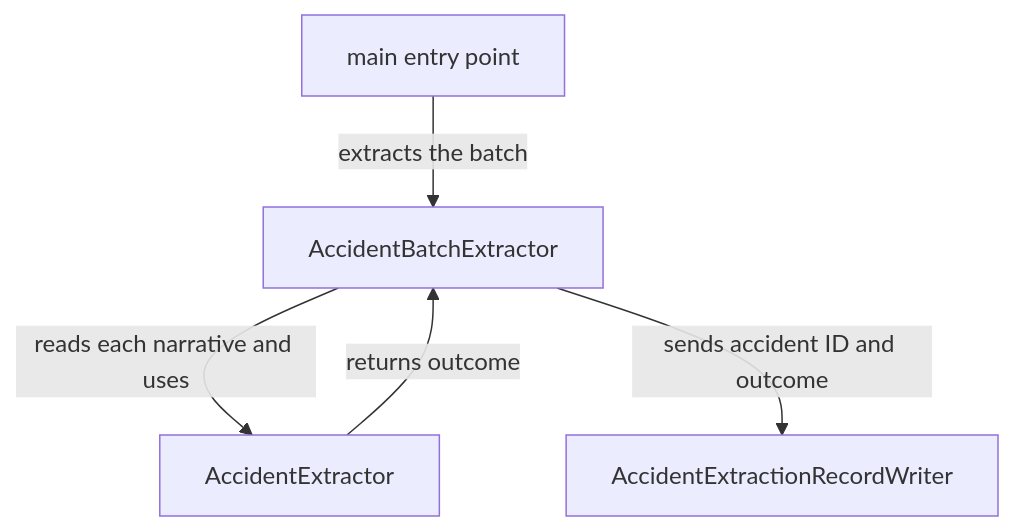
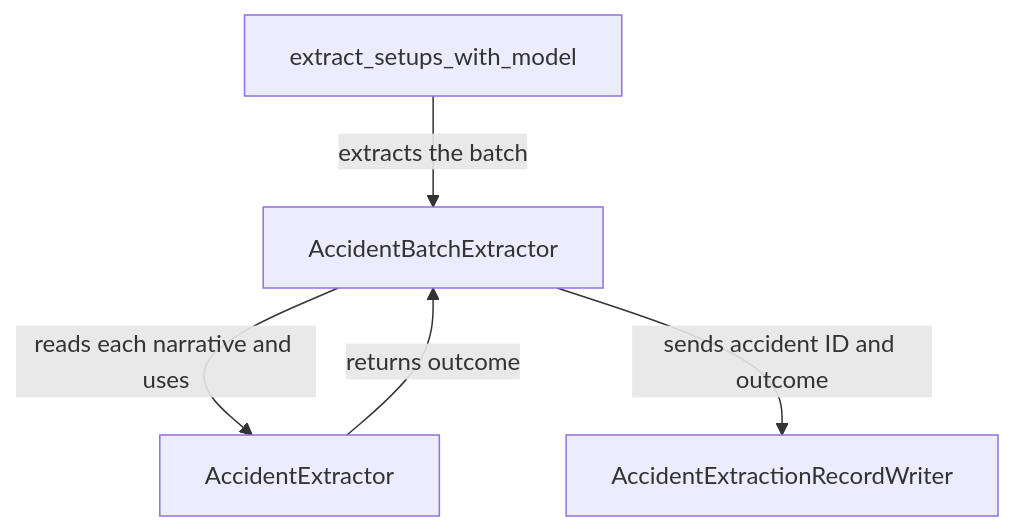
The second of 5 diagrams in README.md (OlenaBack/vehicle-claims-extractor), drawn with Mermaid before and after one commit.

Commit message:
Show extract_setups_with_model in the batch processing diagram

````diff
--- a/README.md
+++ b/README.md
@@ -108,7 +108,7 @@
 ```mermaid
 flowchart TD
-    Main[main entry point] -->|extracts the batch| BatchExtractor[AccidentBatchExtractor]
+    Session[extract_setups_with_model] -->|extracts the batch| BatchExtractor[AccidentBatchExtractor]
     BatchExtractor -->|reads each narrative and uses| AccidentExtractor[AccidentExtractor]
     AccidentExtractor -->|returns outcome| BatchExtractor
     BatchExtractor -->|sends accident ID and outcome| Writer[AccidentExtractionRecordWriter]
 ```
````
